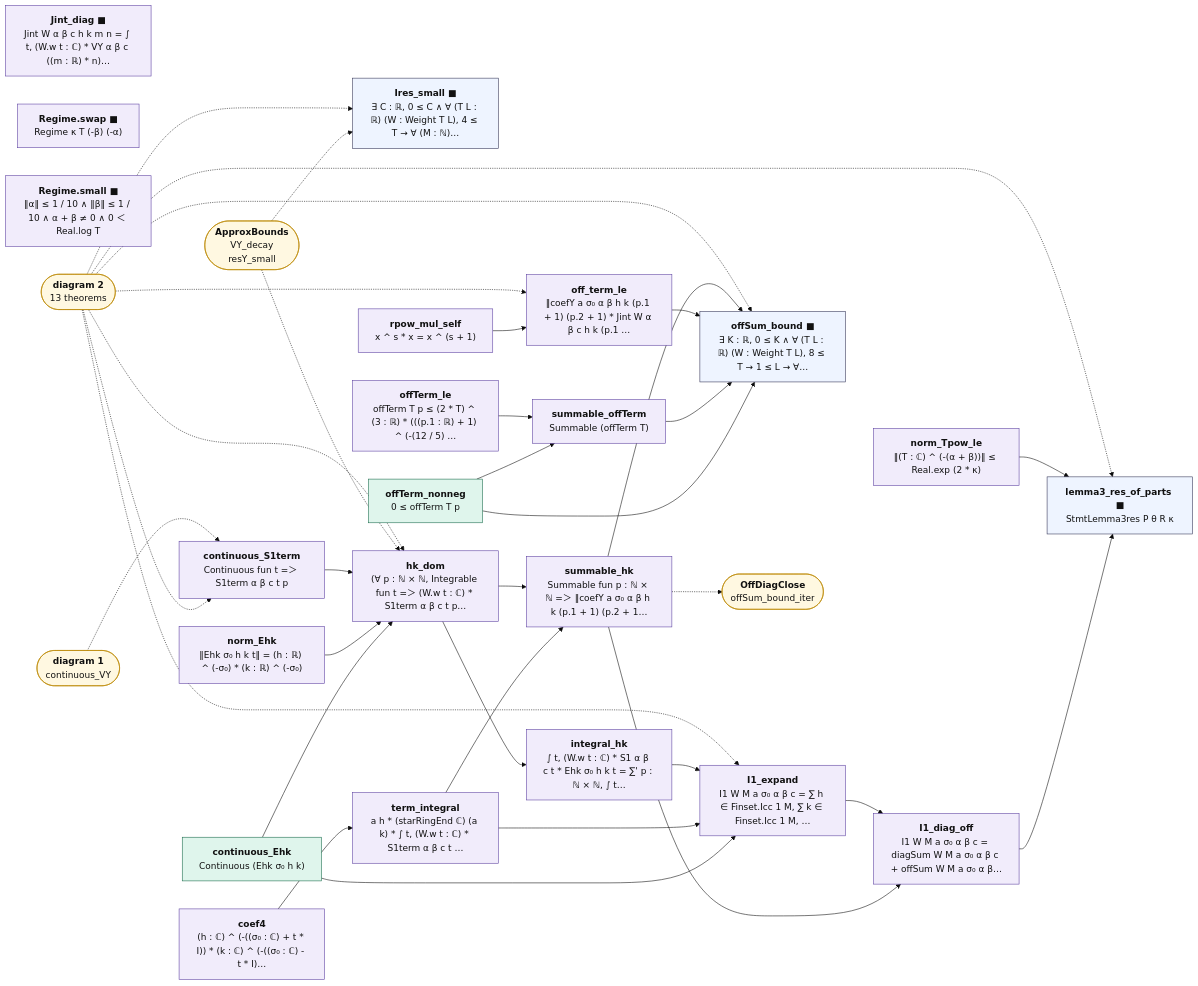
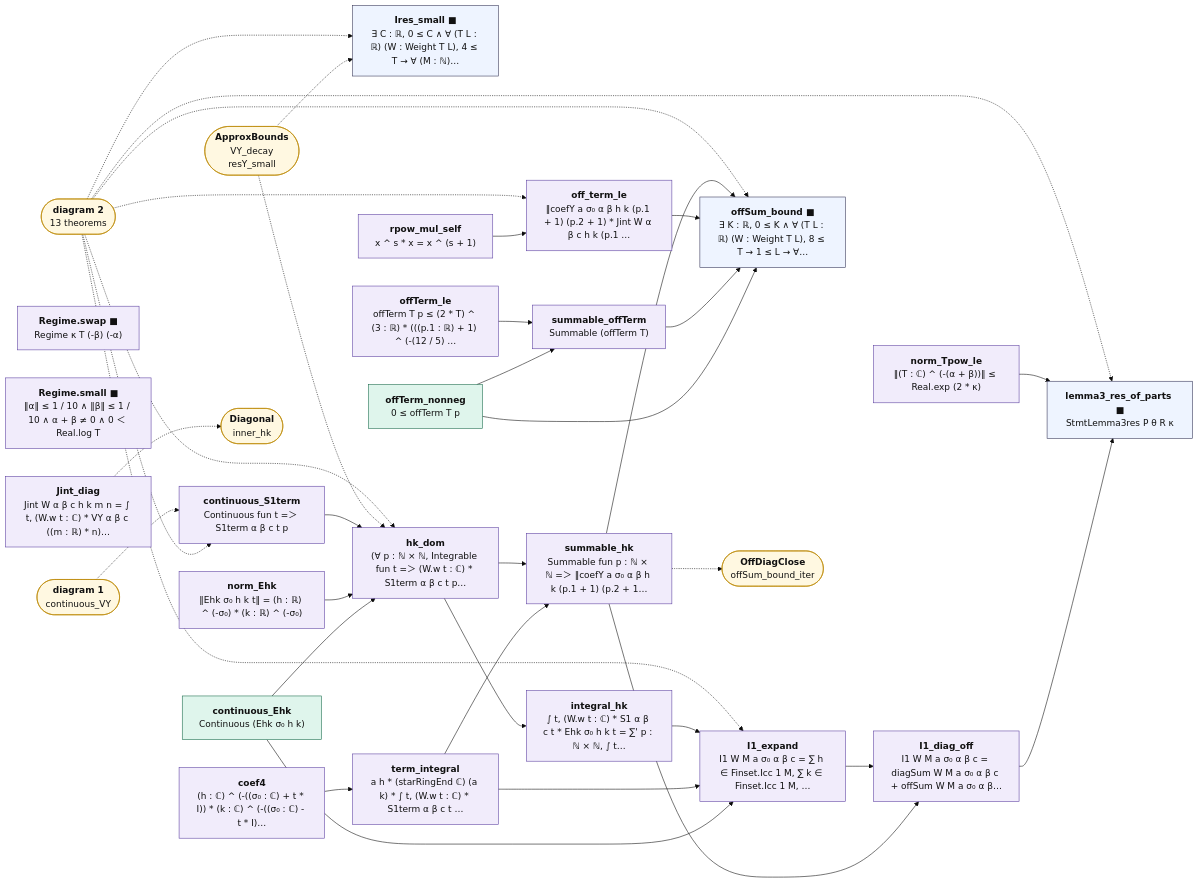
Before and after one commit to juliansambranojr/Primebeat_081426: the third of 3 diagrams in map/lean_stage3/TwistedMoment.md, drawn with Mermaid (base theme). The commit also changed other lines of this file and 32 other files, not shown here.

````diff
--- a/map/lean_stage3/TwistedMoment.md
+++ b/map/lean_stage3/TwistedMoment.md
@@ -218,69 +223,71 @@
 ```mermaid
 flowchart LR
   n0["<b>Ires_small ■</b><br/>∃ C : ℝ, 0 ≤ C ∧ ∀ (T L : ℝ) (W : Weight T L), 4 ≤ T → ∀ (M : ℕ)…"]:::thm
   n1["<b>coef4</b><br/>(h : ℂ) ^ (-((σ₀ : ℂ) + t * I)) * (k : ℂ) ^ (-((σ₀ : ℂ) - t * I)…"]:::shp
   n2["<b>continuous_Ehk</b><br/>Continuous (Ehk σ₀ h k)"]:::cnt
   n3["<b>norm_Ehk</b><br/>‖Ehk σ₀ h k t‖ = (h : ℝ) ^ (-σ₀) * (k : ℝ) ^ (-σ₀)"]:::shp
   n4["<b>term_integral</b><br/>a h * (starRingEnd ℂ) (a k) * ∫ t, (W.w t : ℂ) * S1term α β c t …"]:::shp
   n5["<b>continuous_S1term</b><br/>Continuous fun t =＞ S1term α β c t p"]:::shp
   n6["<b>hk_dom</b><br/>(∀ p : ℕ × ℕ, Integrable fun t =＞ (W.w t : ℂ) * S1term α β c t p…"]:::shp
   n7["<b>integral_hk</b><br/>∫ t, (W.w t : ℂ) * S1 α β c t * Ehk σ₀ h k t = ∑' p : ℕ × ℕ, ∫ t…"]:::shp
   n8["<b>summable_hk</b><br/>Summable fun p : ℕ × ℕ =＞ ‖coefY a σ₀ α β h k (p.1 + 1) (p.2 + 1…"]:::shp
   n9["<b>I1_expand</b><br/>I1 W M a σ₀ α β c = ∑ h ∈ Finset.Icc 1 M, ∑ k ∈ Finset.Icc 1 M, …"]:::shp
-  n10["<b>Jint_diag ■</b><br/>Jint W α β c h k m n = ∫ t, (W.w t : ℂ) * VY α β c ((m : ℝ) * n)…"]:::shp
+  n10["<b>Jint_diag</b><br/>Jint W α β c h k m n = ∫ t, (W.w t : ℂ) * VY α β c ((m : ℝ) * n)…"]:::shp
   n11["<b>I1_diag_off</b><br/>I1 W M a σ₀ α β c = diagSum W M a σ₀ α β c + offSum W M a σ₀ α β…"]:::shp
   n12["<b>offTerm_nonneg</b><br/>0 ≤ offTerm T p"]:::cnt
   n13["<b>offTerm_le</b><br/>offTerm T p ≤ (2 * T) ^ (3 : ℝ) * (((p.1 : ℝ) + 1) ^ (-(12 / 5) …"]:::shp
   n14["<b>summable_offTerm</b><br/>Summable (offTerm T)"]:::shp
   n15["<b>rpow_mul_self</b><br/>x ^ s * x = x ^ (s + 1)"]:::shp
   n16["<b>off_term_le</b><br/>‖coefY a σ₀ α β h k (p.1 + 1) (p.2 + 1) * Jint W α β c h k (p.1 …"]:::shp
   n17["<b>offSum_bound ■</b><br/>∃ K : ℝ, 0 ≤ K ∧ ∀ (T L : ℝ) (W : Weight T L), 8 ≤ T → 1 ≤ L → ∀…"]:::thm
   n18["<b>Regime.swap ■</b><br/>Regime κ T (-β) (-α)"]:::shp
   n19["<b>Regime.small ■</b><br/>‖α‖ ≤ 1 / 10 ∧ ‖β‖ ≤ 1 / 10 ∧ α + β ≠ 0 ∧ 0 ＜ Real.log T"]:::shp
   n20["<b>norm_Tpow_le</b><br/>‖(T : ℂ) ^ (-(α + β))‖ ≤ Real.exp (2 * κ)"]:::shp
   n21["<b>lemma3_res_of_parts ■</b><br/>StmtLemma3res P θ R κ"]:::thm
   x0(["<b>ApproxBounds</b><br/>VY_decay<br/>resY_small"]):::ext
   x1(["<b>diagram 2</b><br/>13 theorems"]):::ext
   x2(["<b>diagram 1</b><br/>continuous_VY"]):::ext
   x3(["<b>OffDiagClose</b><br/>offSum_bound_iter"]):::ext
+  x4(["<b>Diagonal</b><br/>inner_hk"]):::ext
   n1 --> n4
   n11 --> n21
   n12 --> n14
   n12 --> n17
   n13 --> n14
   n14 --> n17
   n15 --> n16
   n16 --> n17
   n2 --> n6
   n2 --> n9
   n20 --> n21
   n3 --> n6
   n4 --> n8
   n4 --> n9
   n5 --> n6
   n6 --> n7
   n6 --> n8
   n7 --> n9
   n8 --> n11
   n8 --> n17
   n9 --> n11
+  n10 -.-> x4
   n8 -.-> x3
   x0 -.-> n0
   x0 -.-> n6
   x1 -.-> n0
   x1 -.-> n16
   x1 -.-> n17
   x1 -.-> n21
   x1 -.-> n5
   x1 -.-> n6
   x1 -.-> n9
   x2 -.-> n5
   classDef cnt fill:#dff5ec,stroke:#17694a,color:#111
   classDef shp fill:#f1ecfb,stroke:#5b3fa0,color:#111
   classDef rh fill:#ffe5e5,stroke:#c22,color:#111,stroke-width:2px
   classDef thm fill:#eef4ff,stroke:#335,color:#111
   classDef end_ fill:#e7f7e7,stroke:#2a7,color:#111,stroke-width:2px
   classDef lone fill:#fff,stroke:#999,color:#111,stroke-dasharray:4 3
   classDef bad fill:#ffe5e5,stroke:#c22,color:#111,stroke-width:2px
   classDef ext fill:#fff8e1,stroke:#b80,color:#111
 ```
````
